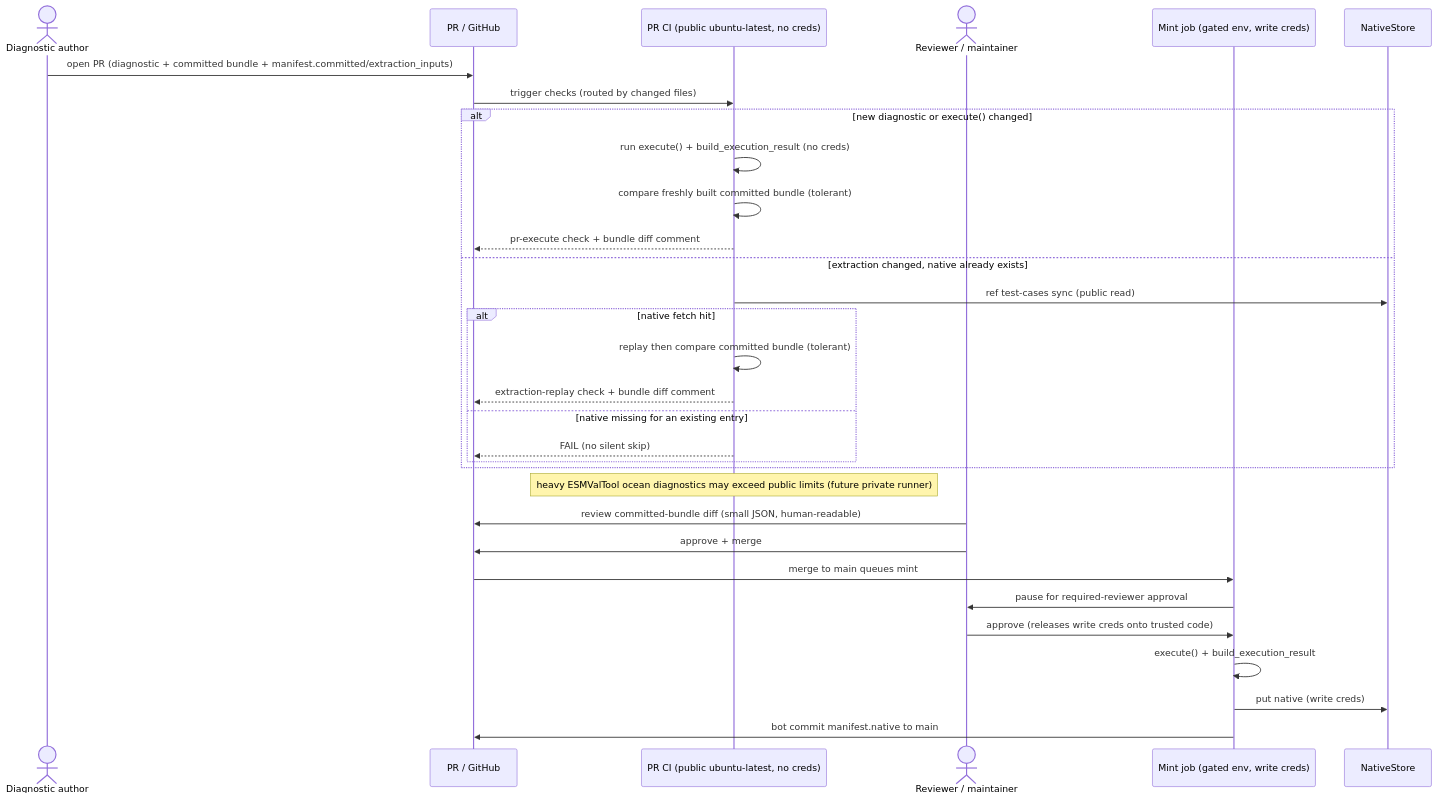
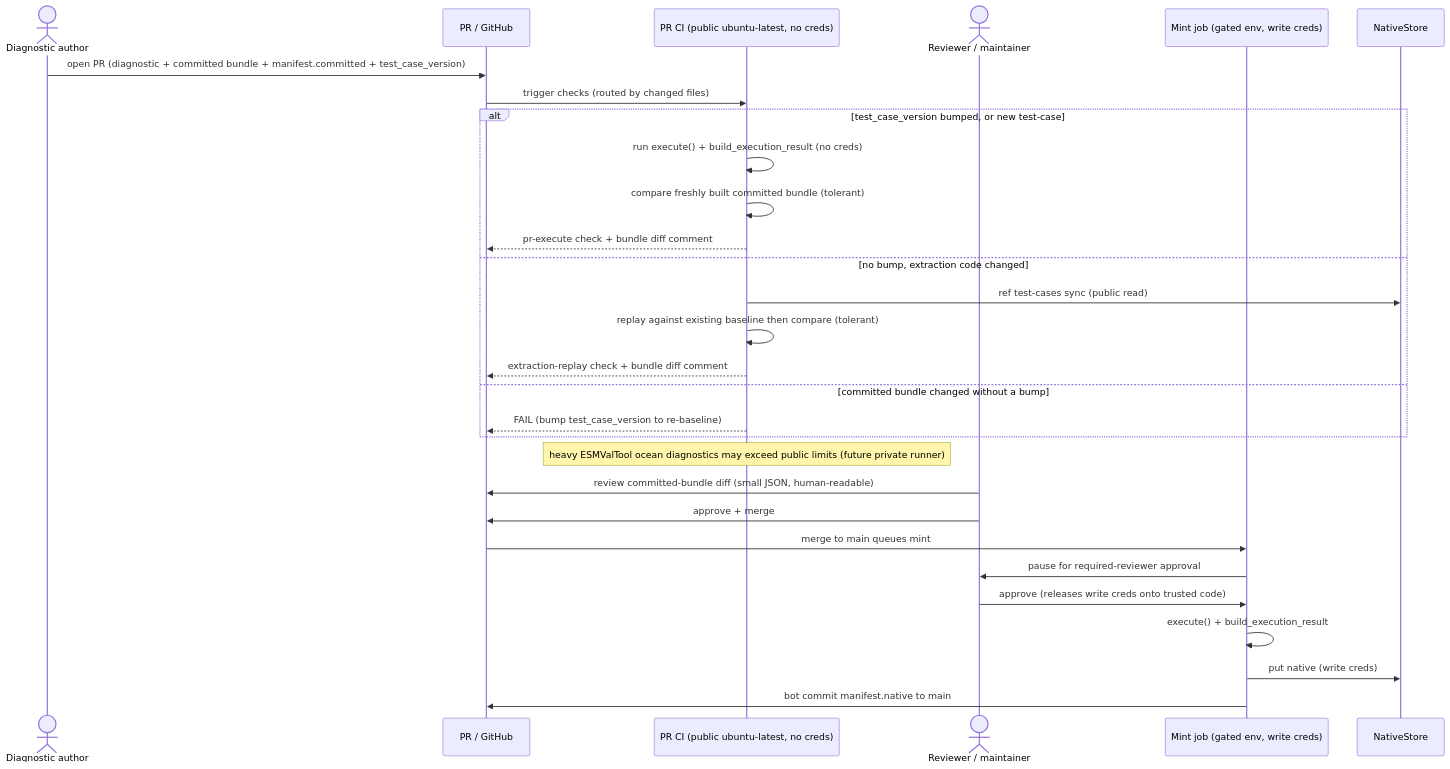
One commit to Climate-REF/rfcs changed the second of 3 diagrams in text/0005-regression-baselines.md. Above: the diagram before and after it, drawn with Mermaid. The commit also changed other lines of this file, not shown here.

Commit message:
chore: add a bump field

````diff
--- a/text/0005-regression-baselines.md
+++ b/text/0005-regression-baselines.md
@@ -223,38 +236,36 @@
 ```mermaid
 sequenceDiagram
     actor Author as Diagnostic author
     participant PR as PR / GitHub
     participant CI as PR CI (public ubuntu-latest, no creds)
     actor Reviewer as Reviewer / maintainer
     participant Mint as Mint job (gated env, write creds)
     participant Store as NativeStore
 
-    Author->>PR: open PR (diagnostic + committed bundle + manifest.committed/extraction_inputs)
+    Author->>PR: open PR (diagnostic + committed bundle + manifest.committed + test_case_version)
     PR->>CI: trigger checks (routed by changed files)
 
-    alt new diagnostic or execute() changed
+    alt test_case_version bumped, or new test-case
         CI->>CI: run execute() + build_execution_result (no creds)
         CI->>CI: compare freshly built committed bundle (tolerant)
         CI-->>PR: pr-execute check + bundle diff comment
-    else extraction changed, native already exists
+    else no bump, extraction code changed
         CI->>Store: ref test-cases sync (public read)
-        alt native fetch hit
-            CI->>CI: replay then compare committed bundle (tolerant)
-            CI-->>PR: extraction-replay check + bundle diff comment
-        else native missing for an existing entry
-            CI-->>PR: FAIL (no silent skip)
-        end
+        CI->>CI: replay against existing baseline then compare (tolerant)
+        CI-->>PR: extraction-replay check + bundle diff comment
+    else committed bundle changed without a bump
+        CI-->>PR: FAIL (bump test_case_version to re-baseline)
     end
 
     Note over CI: heavy ESMValTool ocean diagnostics may exceed public limits (future private runner)
 
     Reviewer->>PR: review committed-bundle diff (small JSON, human-readable)
     Reviewer->>PR: approve + merge
 
     PR->>Mint: merge to main queues mint
     Mint->>Reviewer: pause for required-reviewer approval
     Reviewer->>Mint: approve (releases write creds onto trusted code)
     Mint->>Mint: execute() + build_execution_result
     Mint->>Store: put native (write creds)
     Mint->>PR: bot commit manifest.native to main
 ```
````
